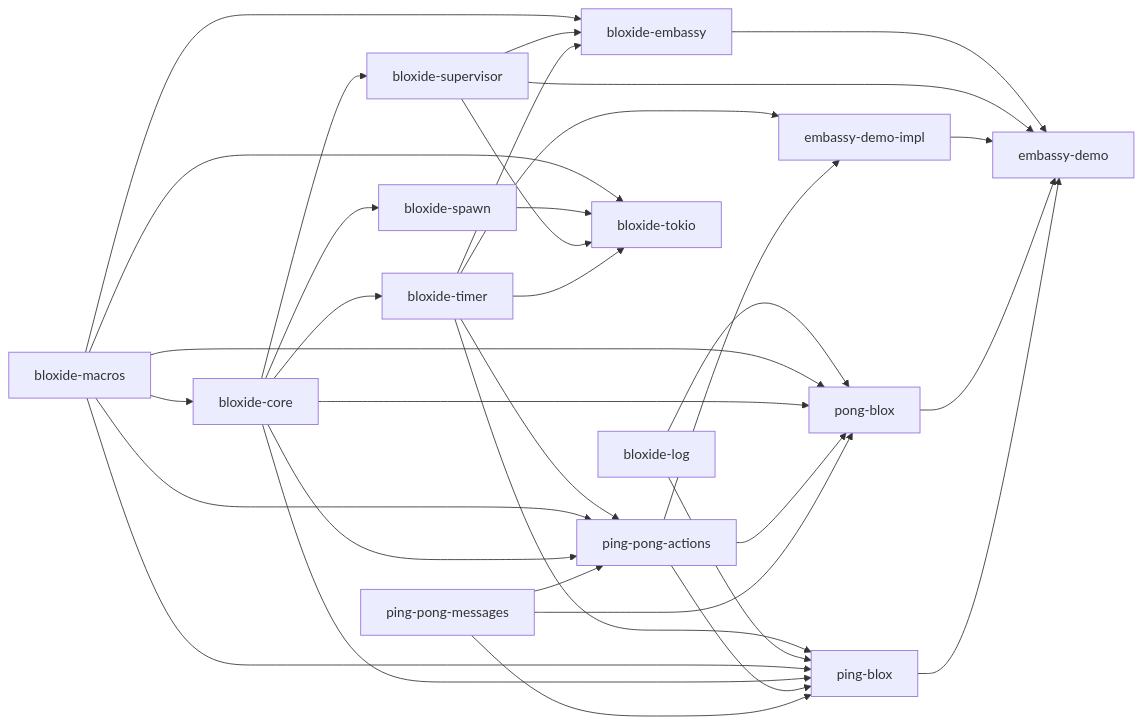
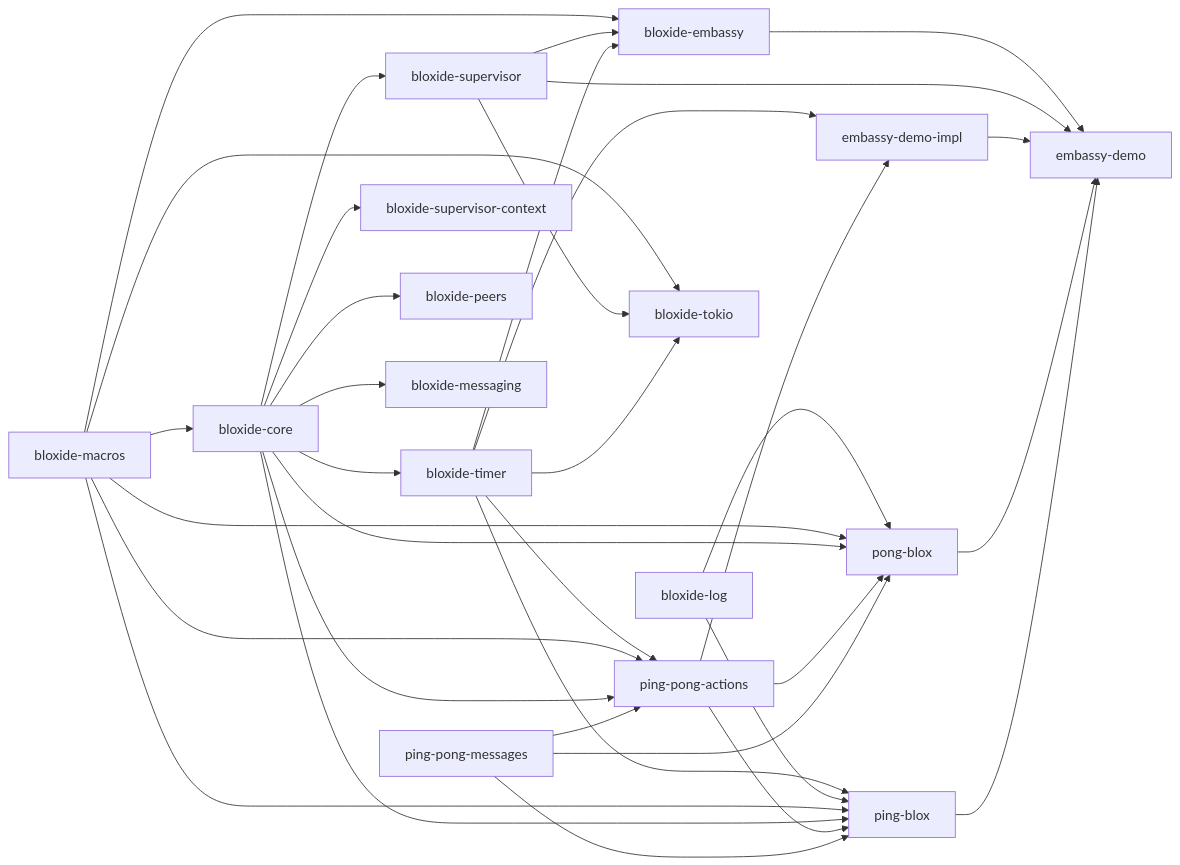
The second of 2 diagrams in spec/architecture/01-system-architecture.md (bloxide-com/bloxide), drawn with Mermaid before and after one commit. The commit also changed other lines of this file and 12 other files, not shown here.

````diff
--- a/spec/architecture/01-system-architecture.md
+++ b/spec/architecture/01-system-architecture.md
@@ -62,56 +64,59 @@
 ```mermaid
 flowchart LR
     ppMsg[ping-pong-messages]
     ppActions[ping-pong-actions]
     ping[ping-blox]
     pong[pong-blox]
     demoImpl[embassy-demo-impl]
     core[bloxide-core]
     macros[bloxide-macros]
     log[bloxide-log]
     timer[bloxide-timer]
     supervisor[bloxide-supervisor]
-    spawn[bloxide-spawn]
+    supctx[bloxide-supervisor-context]
+    peers[bloxide-peers]
+    messaging[bloxide-messaging]
     embassy[bloxide-embassy]
     tokio[bloxide-tokio]
     demo[embassy-demo]
 
     macros --> core
     core --> timer
     core --> supervisor
-    core --> spawn
+    core --> supctx
+    core --> peers
+    core --> messaging
     timer --> embassy
     timer --> tokio
     supervisor --> embassy
     supervisor --> tokio
-    spawn --> tokio
     macros --> embassy
     macros --> tokio
 
     ppMsg --> ppActions
     core --> ppActions
     macros --> ppActions
     timer --> ppActions
 
     ppMsg --> ping
     ppActions --> ping
     core --> ping
     macros --> ping
     log --> ping
     timer --> ping
 
     ppMsg --> pong
     ppActions --> pong
     core --> pong
     macros --> pong
     log --> pong
 
     ppActions --> demoImpl
     timer --> demoImpl
 
     ping --> demo
     pong --> demo
     demoImpl --> demo
     supervisor --> demo
     embassy --> demo
 ```
````
